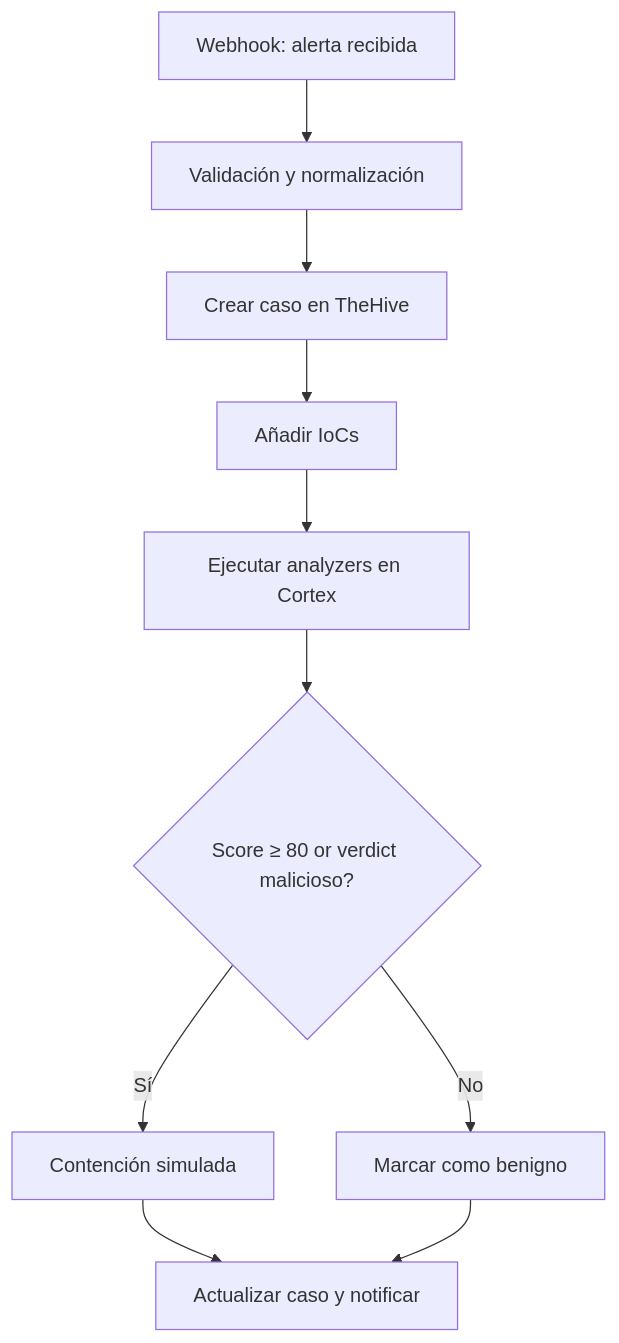
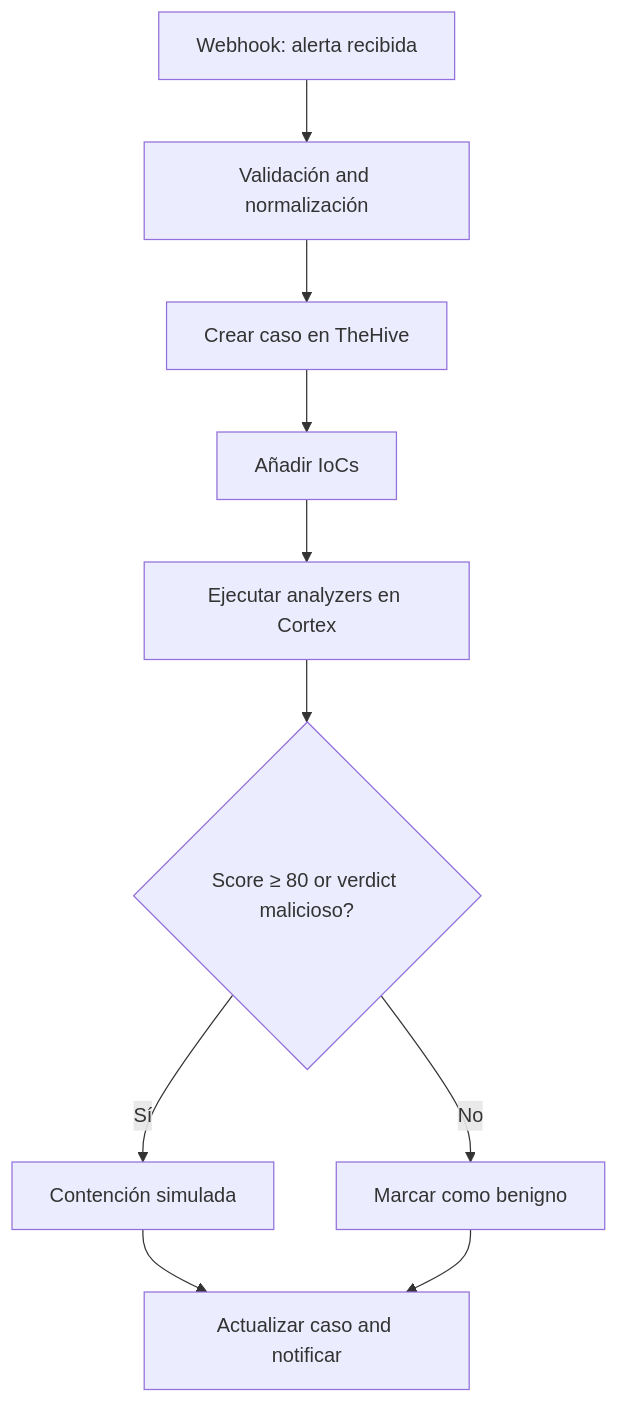
One commit to alesanfe/soar-ransomware-lab changed the second of 8 diagrams in docs/06-project-management.md. Above: the diagram before and after it, drawn with Mermaid. The commit also changed other lines of this file and 1 other file, not shown here.

Commit message:
docs: fix Mermaid labels Spanish 'y'->'and', 'o'->'or' for consistency

````diff
--- a/docs/06-project-management.md
+++ b/docs/06-project-management.md
@@ -453,12 +453,12 @@
 ```mermaid
 flowchart TD
- A[Webhook: alerta recibida] --> B[Validación y normalización]
+ A[Webhook: alerta recibida] --> B[Validación and normalización]
  B --> C[Crear caso en TheHive]
  C --> D[Añadir IoCs]
  D --> E[Ejecutar analyzers en Cortex]
  E --> F{Score ≥ 80 or verdict malicioso?}
  F -->|Sí| G[Contención simulada]
  F -->|No| H[Marcar como benigno]
- G --> I[Actualizar caso y notificar]
- H --> I[Actualizar caso y notificar]
+ G --> I[Actualizar caso and notificar]
+ H --> I[Actualizar caso and notificar]
 ```
````
